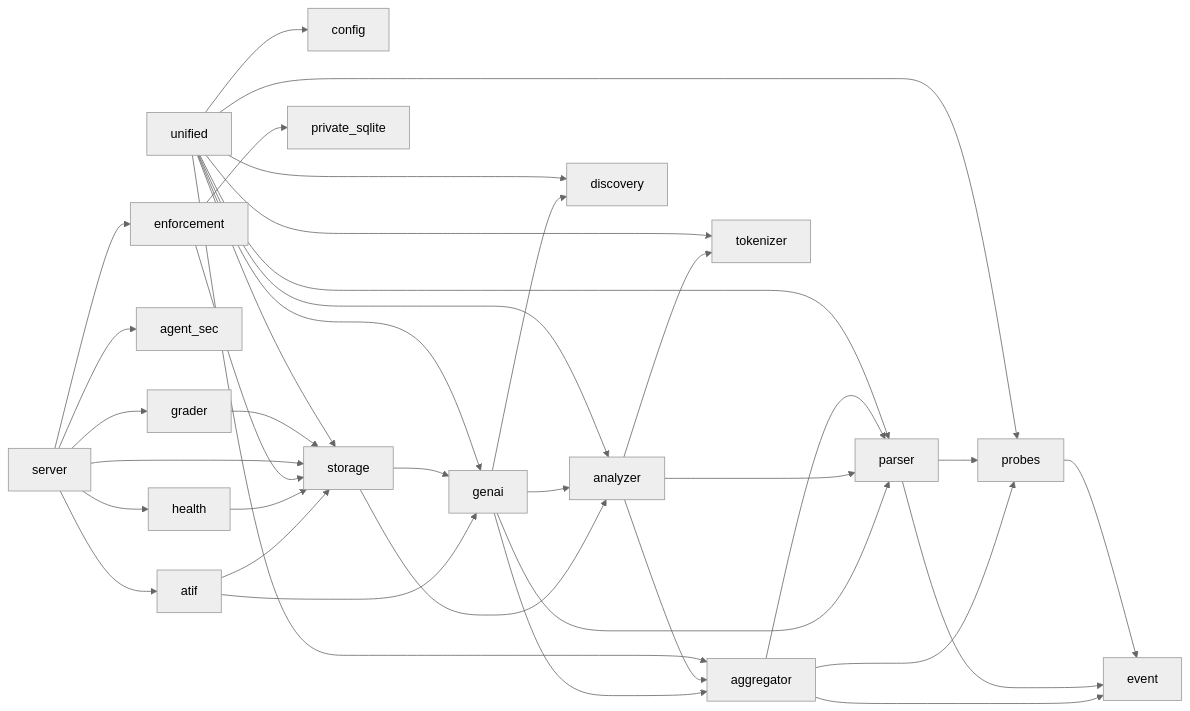
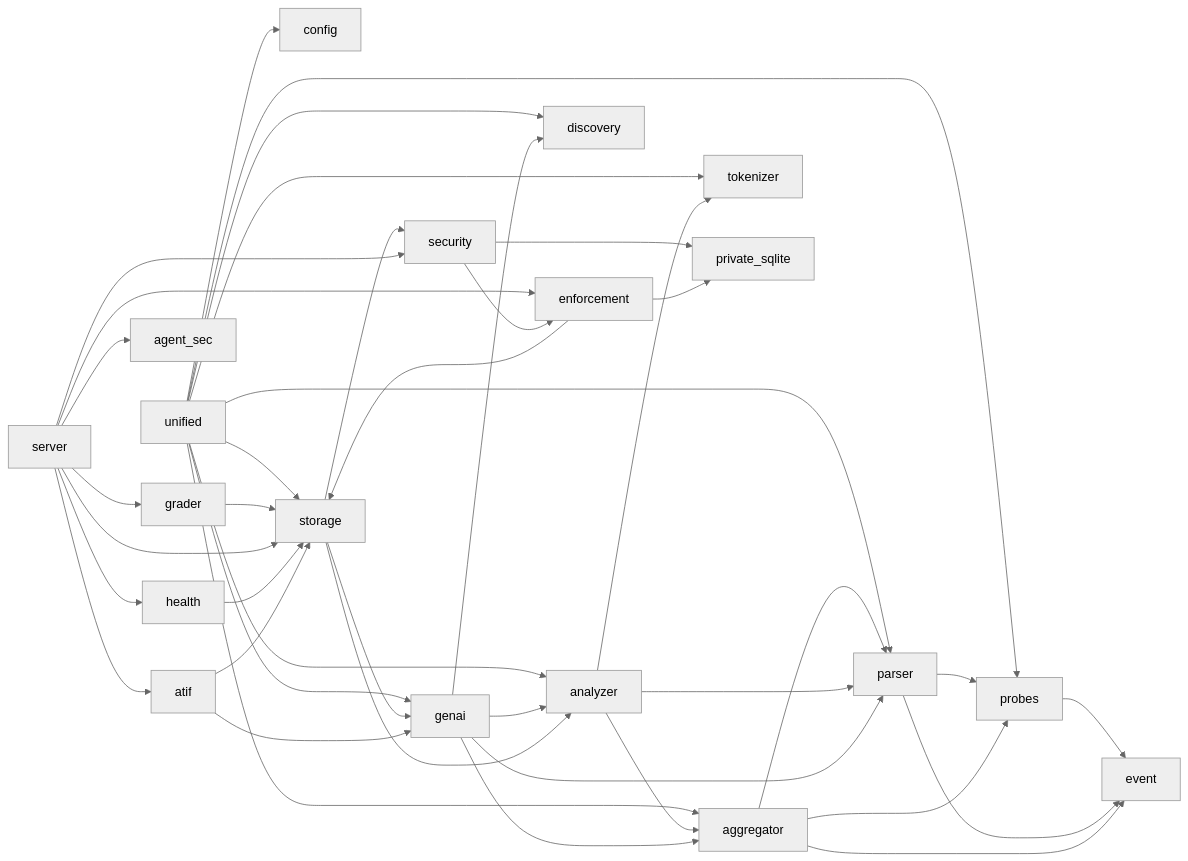
Before and after one commit to 1570005763/anolisa: the second of 3 diagrams in src/agentsight/docs/ARCHITECTURE.md, drawn with Mermaid (neutral theme). The commit also changed other lines of this file and 24 other files, not shown here.

````diff
--- a/src/agentsight/docs/ARCHITECTURE.md
+++ b/src/agentsight/docs/ARCHITECTURE.md
@@ -95,59 +95,64 @@
 ```mermaid
 graph LR
     config[config]
     probes[probes]
     event[event]
     parser[parser]
     aggregator[aggregator]
     analyzer[analyzer]
     tokenizer[tokenizer]
     genai[genai]
     storage[storage]
     discovery[discovery]
     health[health]
     atif[atif]
     agent_sec[agent_sec]
     grader[grader]
     enforcement[enforcement]
+    security[security]
     private_sqlite[private_sqlite]
     server[server]
     unified[unified]
 
     unified --> config
     unified --> probes
     unified --> parser
     unified --> aggregator
     unified --> analyzer
     unified --> genai
     unified --> storage
     unified --> discovery
     unified --> tokenizer
 
     probes --> event
     parser --> probes
     parser --> event
     aggregator --> parser
     aggregator --> probes
     aggregator --> event
     analyzer --> aggregator
     analyzer --> tokenizer
     analyzer --> parser
     genai --> analyzer
     genai --> discovery
     genai --> aggregator
     genai --> parser
     storage --> analyzer
     storage --> genai
+    storage --> security
     grader --> storage
     server --> storage
     server --> health
     server --> atif
     server --> agent_sec
     server --> grader
     server --> enforcement
+    server --> security
+    security --> enforcement
+    security --> private_sqlite
     enforcement --> storage
     enforcement --> private_sqlite
     health --> storage
     atif --> genai
     atif --> storage
 ```
````
